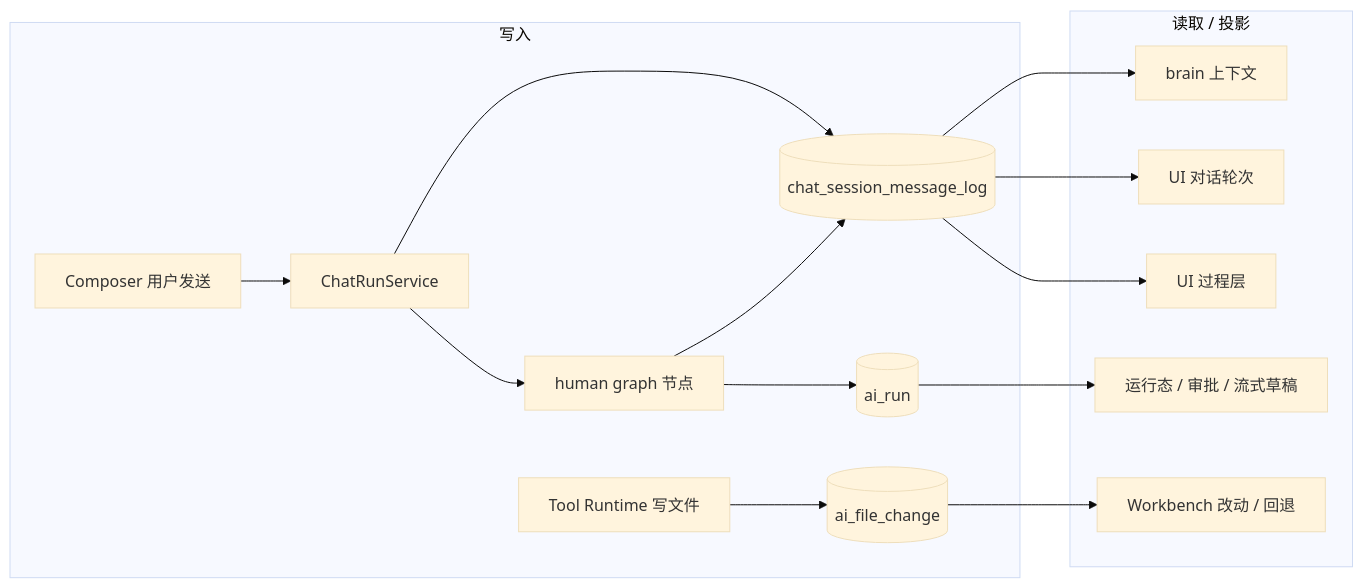
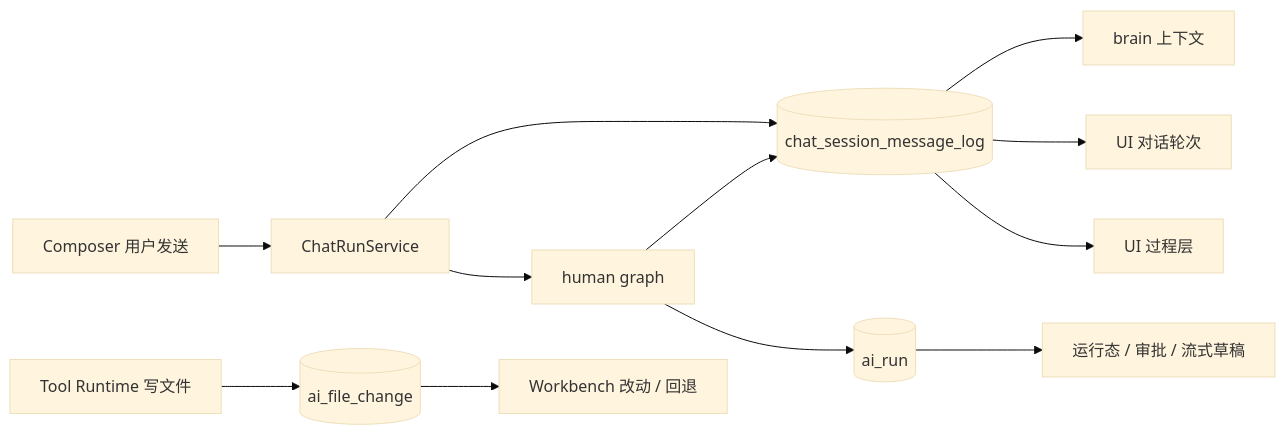
Before and after one commit to Yoan98/Ncurator: the second of 2 diagrams in doc/architecture.md, drawn with Mermaid (base theme). The commit also changed other lines of this file and 12 other files, not shown here.

````diff
--- a/doc/architecture.md
+++ b/doc/architecture.md
@@ -103,19 +73,14 @@
 ```mermaid
 flowchart LR
-  subgraph write [写入]
-    User[Composer 用户发送] --> Submit[ChatRunService]
-    Submit --> Log[(chat_session_message_log)]
-    Submit --> Graph[human graph 节点]
-    Graph --> Log
-    Tools[Tool Runtime 写文件] --> FC[(ai_file_change)]
-    Graph --> Run[(ai_run)]
-  end
-
-  subgraph read [读取 / 投影]
-    Log --> Brain[brain 上下文]
-    Log --> Conv[UI 对话轮次]
-    Log --> Proc[UI 过程层]
-    Run --> RunUI[运行态 / 审批 / 流式草稿]
-    FC --> WB[Workbench 改动 / 回退]
-  end
+  User[Composer 用户发送] --> Submit[ChatRunService]
+  Submit --> Log[(chat_session_message_log)]
+  Submit --> Graph[human graph]
+  Graph --> Log
+  Tools[Tool Runtime 写文件] --> FC[(ai_file_change)]
+  Graph --> Run[(ai_run)]
+  Log --> Brain[brain 上下文]
+  Log --> Conv[UI 对话轮次]
+  Log --> Proc[UI 过程层]
+  Run --> RunUI[运行态 / 审批 / 流式草稿]
+  FC --> WB[Workbench 改动 / 回退]
 ```
````
